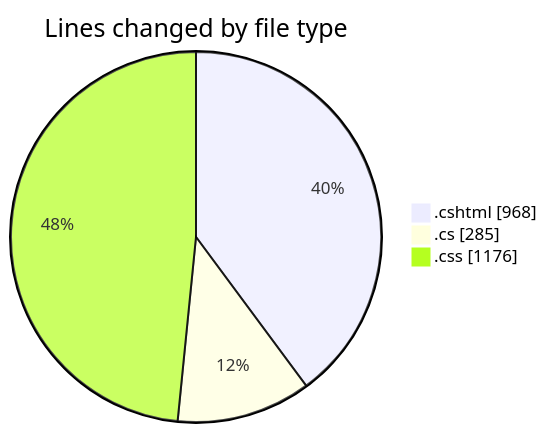
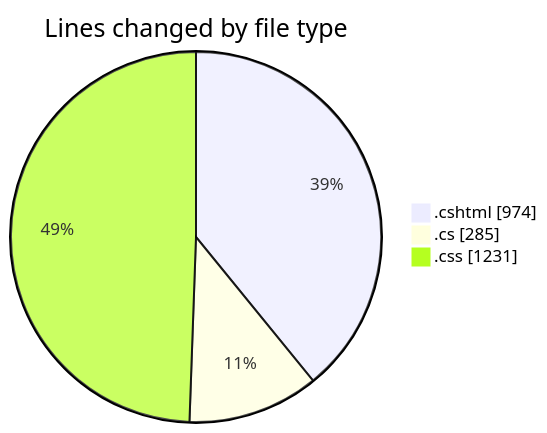
The first of 2 diagrams in 2025-07-18/nhahang/README.md (lephambinh05/code-tracking), drawn with Mermaid before and after one commit. The commit also changed other lines of this file and 1 other file, not shown here.

````diff
--- a/2025-07-18/nhahang/README.md
+++ b/2025-07-18/nhahang/README.md
@@ -37,7 +37,7 @@
 ```mermaid
 pie showData
 title Lines changed by file type
-".cshtml" : 968
+".cshtml" : 974
 ".cs" : 285
-".css" : 1176
+".css" : 1231
 ```
````
